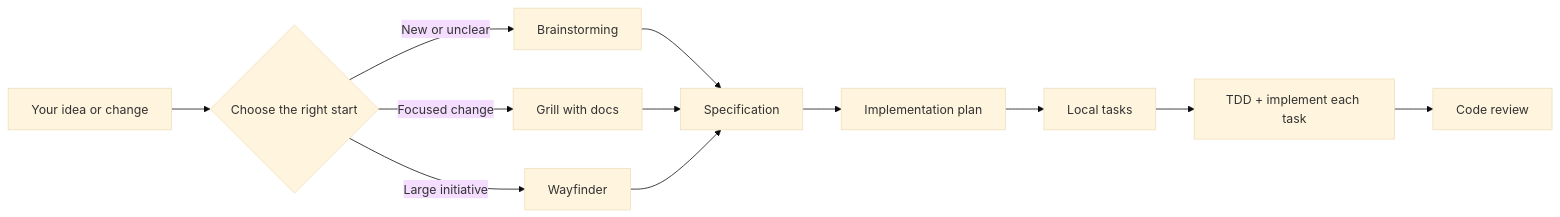
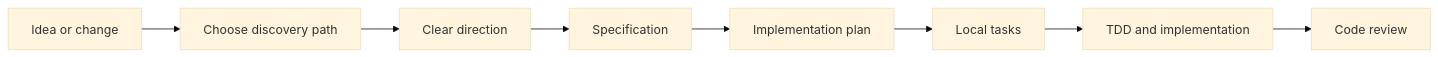
The diagram in README.md (DaniManas/ForgeFlow), drawn with Mermaid (base theme) before and after one commit. The commit also changed 1 other file, not shown here.

Commit message:
Fix README Mermaid diagram rendering

````diff
--- a/README.md
+++ b/README.md
@@ -38,14 +38,10 @@
 ```mermaid
 flowchart LR
-    A["Your idea or change"] --> B{"Choose the right start"}
-    B -->|"New or unclear"| C["Brainstorming"]
-    B -->|"Focused change"| D["Grill with docs"]
-    B -->|"Large initiative"| E["Wayfinder"]
-    C --> F["Specification"]
-    D --> F
-    E --> F
-    F --> G["Implementation plan"]
-    G --> H["Local tasks"]
-    H --> I["TDD + implement each task"]
-    I --> J["Code review"]
+    A[Idea or change] --> B[Choose discovery path]
+    B --> C[Clear direction]
+    C --> D[Specification]
+    D --> E[Implementation plan]
+    E --> F[Local tasks]
+    F --> G[TDD and implementation]
+    G --> H[Code review]
 ```
````
